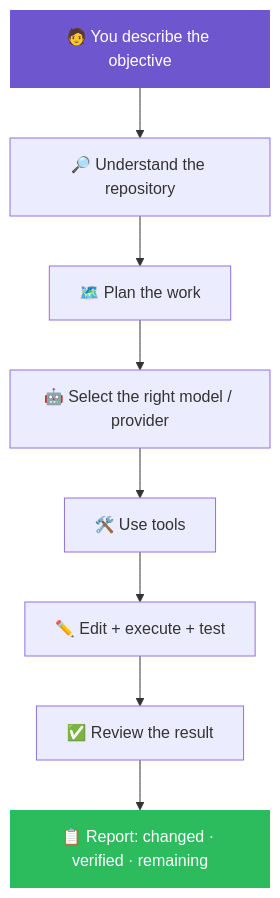
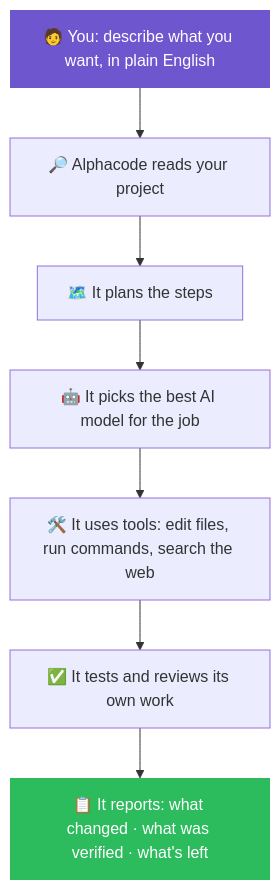
The first of 2 diagrams in README.md (dragonked2/alphacode), drawn with Mermaid before and after one commit. The commit also changed other lines of this file, not shown here.

````diff
--- a/README.md
+++ b/README.md
@@ -64,13 +134,12 @@
 ```mermaid
 flowchart TD
-    A["🧑 You describe the objective"] --> B["🔎 Understand the repository"]
-    B --> C["🗺️ Plan the work"]
-    C --> D["🤖 Select the right model / provider"]
-    D --> E["🛠️ Use tools"]
-    E --> F["✏️ Edit + execute + test"]
-    F --> G["✅ Review the result"]
-    G --> H["📋 Report: changed · verified · remaining"]
+    A["🧑 You: describe what you want, in plain English"] --> B["🔎 Alphacode reads your project"]
+    B --> C["🗺️ It plans the steps"]
+    C --> D["🤖 It picks the best AI model for the job"]
+    D --> E["🛠️ It uses tools: edit files, run commands, search the web"]
+    E --> F["✅ It tests and reviews its own work"]
+    F --> G["📋 It reports: what changed · what was verified · what's left"]
 
     style A fill:#6E56CF,color:#fff,stroke:none
-    style H fill:#2CBB5D,color:#fff,stroke:none
+    style G fill:#2CBB5D,color:#fff,stroke:none
 ```
````
